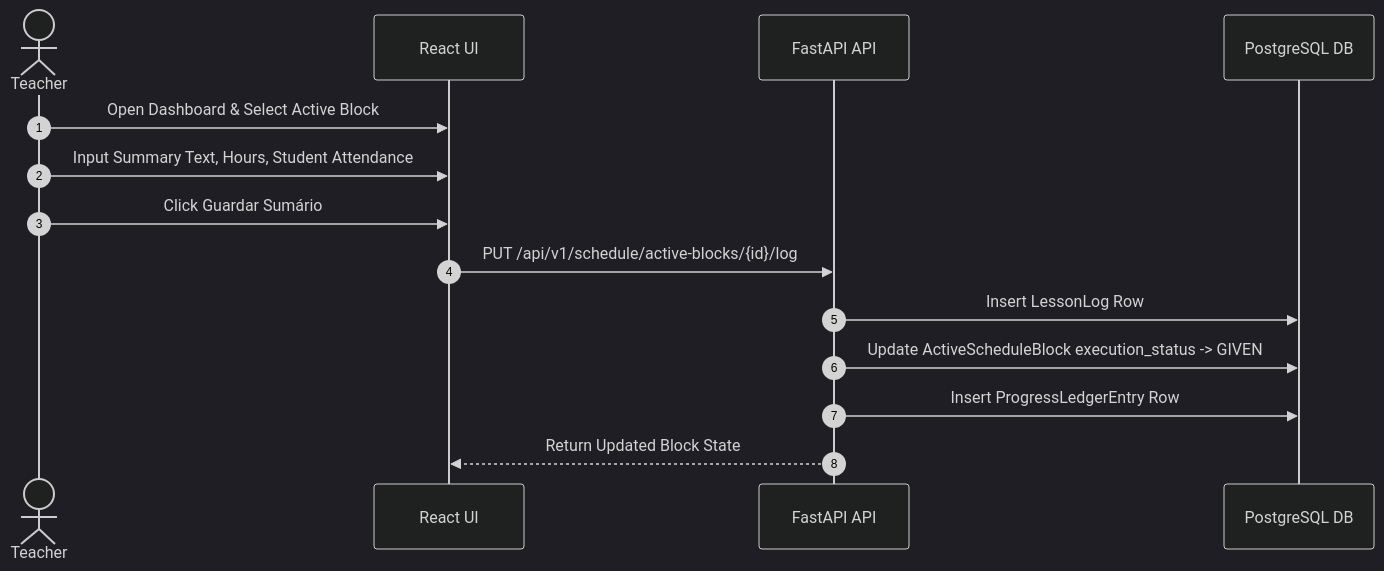
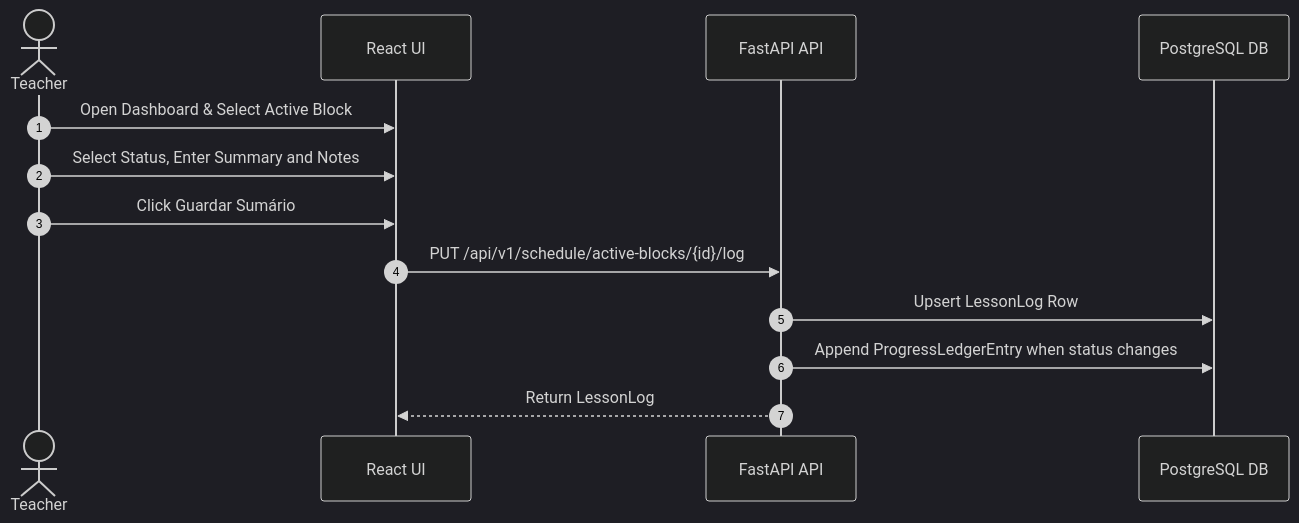
Before and after one commit to ORIOP25/Cronos: the diagram in documentation/04_operational_features/LESSON_EXECUTION.md, drawn with Mermaid (dark theme). The commit also changed other lines of this file and 35 other files, not shown here.

````diff
--- a/documentation/04_operational_features/LESSON_EXECUTION.md
+++ b/documentation/04_operational_features/LESSON_EXECUTION.md
@@ -17,17 +17,16 @@
 ```mermaid
 sequenceDiagram
     autonumber
     actor Teacher
     participant FE as React UI
     participant BE as FastAPI API
     participant DB as PostgreSQL DB
 
     Teacher->>FE: Open Dashboard & Select Active Block
-    Teacher->>FE: Input Summary Text, Hours, Student Attendance
+    Teacher->>FE: Select Status, Enter Summary and Notes
     Teacher->>FE: Click Guardar Sumário
     FE->>BE: PUT /api/v1/schedule/active-blocks/{id}/log
-    BE->>DB: Insert LessonLog Row
-    BE->>DB: Update ActiveScheduleBlock execution_status -> GIVEN
-    BE->>DB: Insert ProgressLedgerEntry Row
-    BE-->>FE: Return Updated Block State
+    BE->>DB: Upsert LessonLog Row
+    BE->>DB: Append ProgressLedgerEntry when status changes
+    BE-->>FE: Return LessonLog
 ```
````
